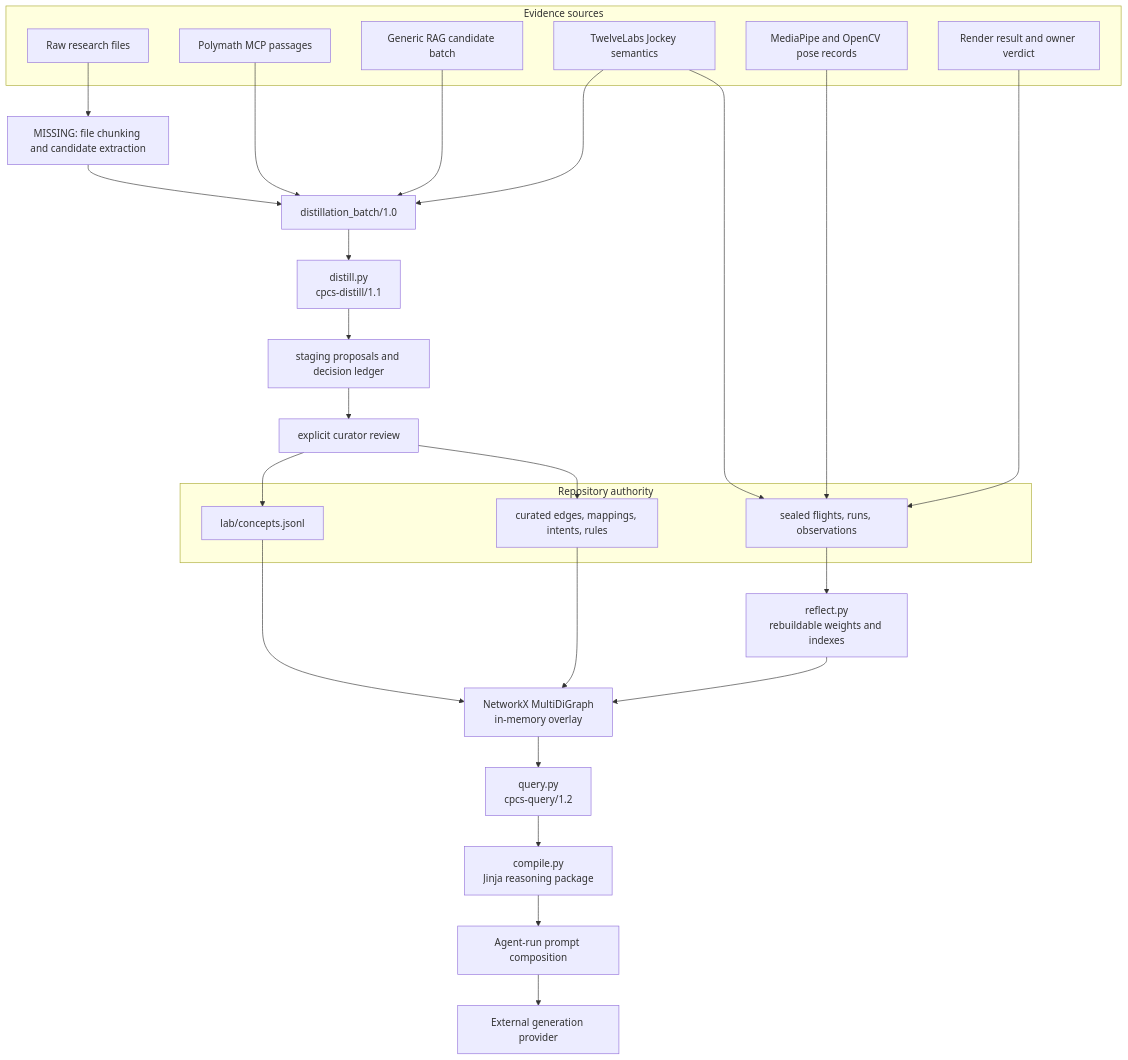
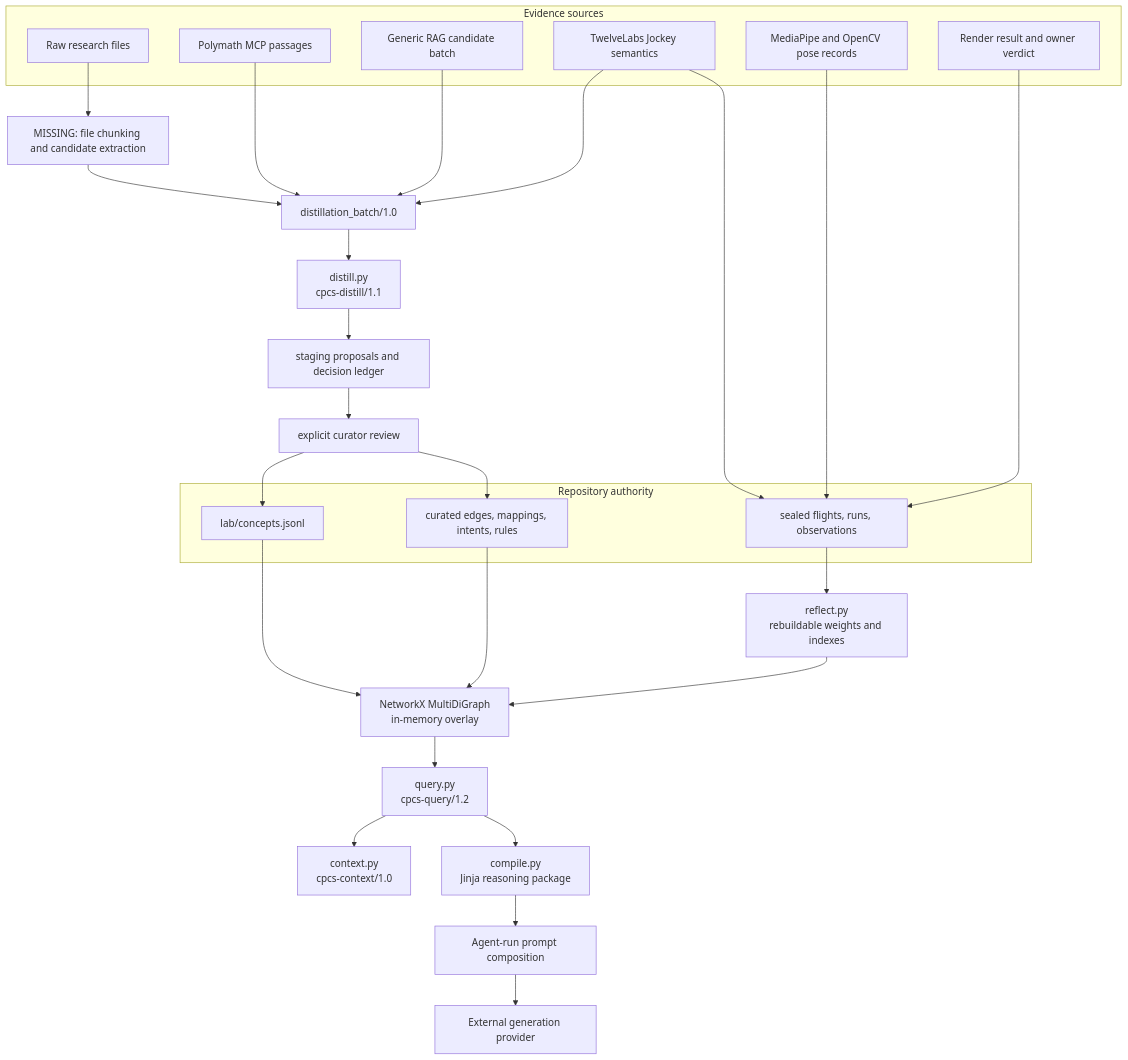
The second of 3 diagrams in ARCHITECTURE.md (Kingsley-Cyber/ai-video-movement-prompt-system), drawn with Mermaid before and after one commit. The commit also changed other lines of this file and 12 other files, not shown here.

````diff
--- a/ARCHITECTURE.md
+++ b/ARCHITECTURE.md
@@ -337,46 +337,48 @@
 ```mermaid
 flowchart TB
     subgraph Sources["Evidence sources"]
         Raw["Raw research files"]
         Poly["Polymath MCP passages"]
         Generic["Generic RAG candidate batch"]
         Jockey["TwelveLabs Jockey semantics"]
         Pose["MediaPipe and OpenCV pose records"]
         Verdict["Render result and owner verdict"]
     end
 
     Missing["MISSING: file chunking and candidate extraction"]
     Batch["distillation_batch/1.0"]
     Distill["distill.py\ncpcs-distill/1.1"]
     Staging["staging proposals and decision ledger"]
     Review["explicit curator review"]
 
     subgraph Authority["Repository authority"]
         Concepts["lab/concepts.jsonl"]
         Curated["curated edges, mappings, intents, rules"]
         Immutable["sealed flights, runs, observations"]
     end
 
     Reflect["reflect.py\nrebuildable weights and indexes"]
     Graph["NetworkX MultiDiGraph\nin-memory overlay"]
     Query["query.py\ncpcs-query/1.2"]
+    Context["context.py\ncpcs-context/1.0"]
     Compile["compile.py\nJinja reasoning package"]
     ManualPrompt["Agent-run prompt composition"]
     Provider["External generation provider"]
 
     Raw --> Missing --> Batch
     Poly --> Batch
     Generic --> Batch
     Jockey --> Batch
     Batch --> Distill --> Staging --> Review
     Review --> Concepts
     Review --> Curated
     Jockey --> Immutable
     Pose --> Immutable
     Verdict --> Immutable
     Immutable --> Reflect
     Reflect --> Graph
     Concepts --> Graph
     Curated --> Graph
-    Graph --> Query --> Compile --> ManualPrompt --> Provider
+    Graph --> Query --> Context
+    Query --> Compile --> ManualPrompt --> Provider
 ```
````
